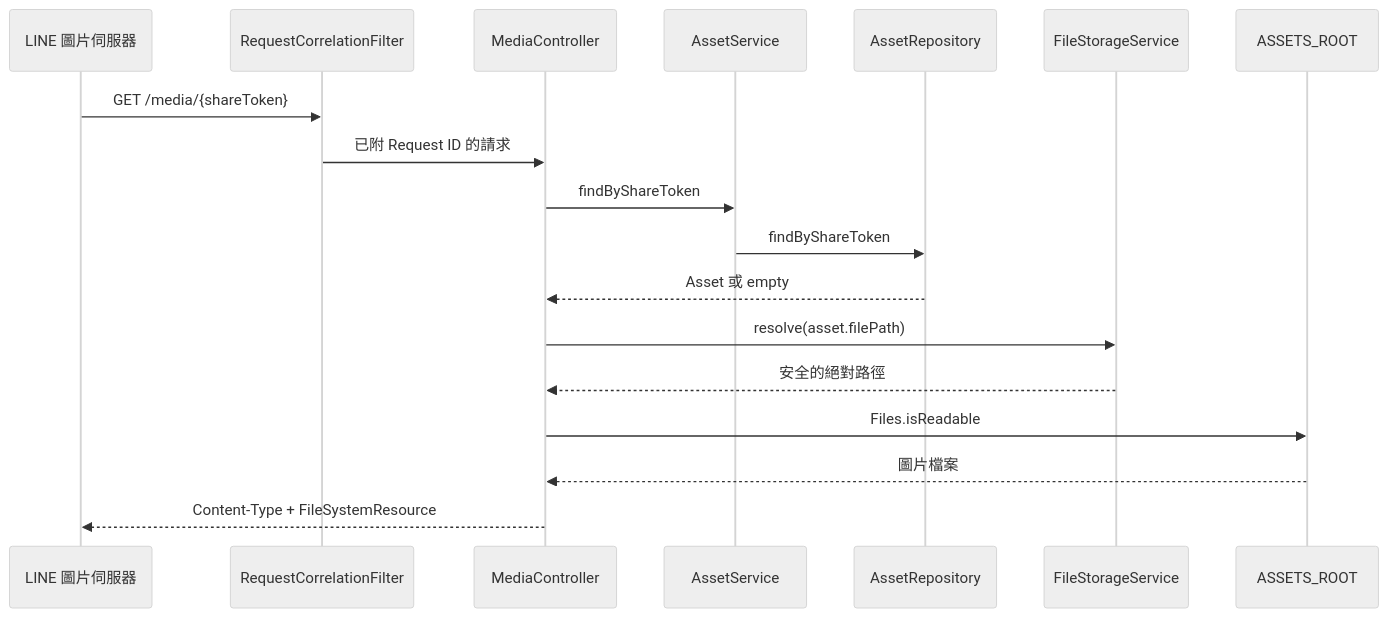
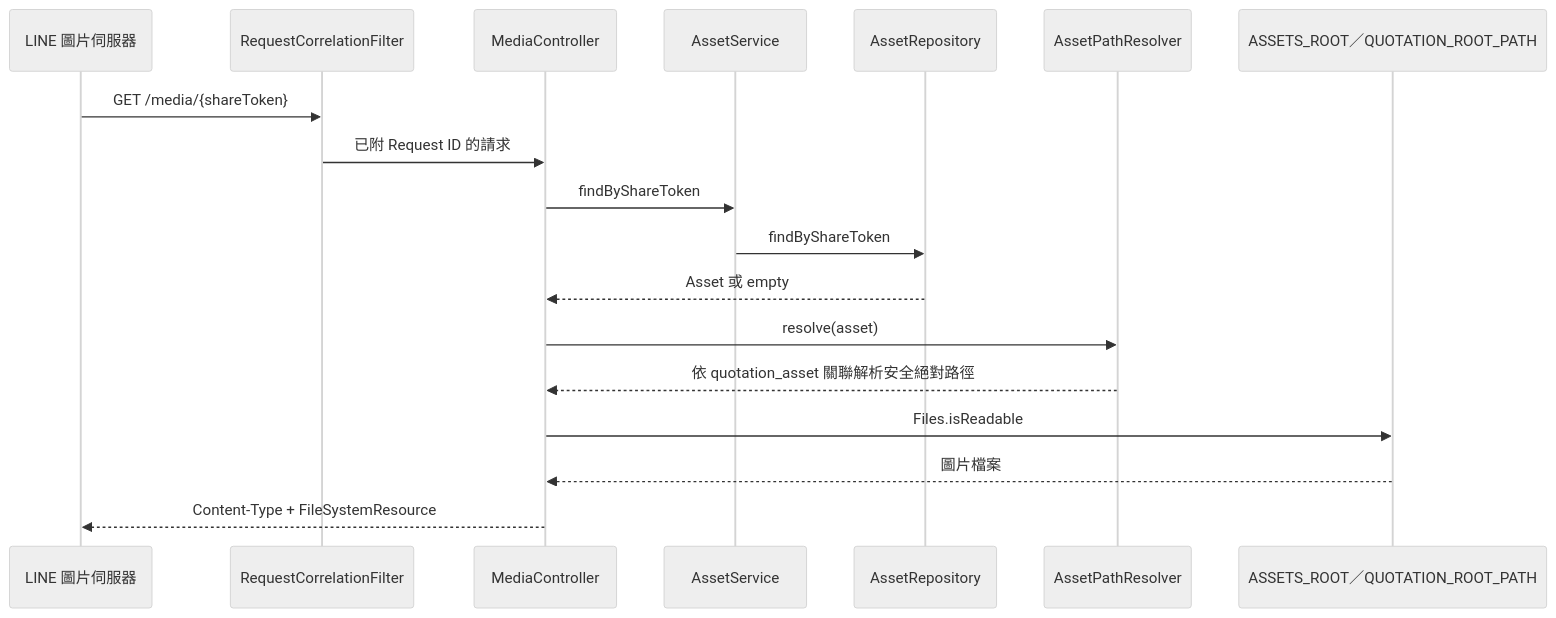
One commit to MiuDog/linebot-commercial changed the fourth of 4 diagrams in docs/06-event-call-chains.md. Above: the diagram before and after it, drawn with Mermaid (neutral theme). The commit also changed other lines of this file and 44 other files, not shown here.

````diff
--- a/docs/06-event-call-chains.md
+++ b/docs/06-event-call-chains.md
@@ -347,21 +348,21 @@
 ```mermaid
 sequenceDiagram
 	participant LINE as LINE 圖片伺服器
 	participant Filter as RequestCorrelationFilter
 	participant Media as MediaController
 	participant Asset as AssetService
 	participant Repo as AssetRepository
-	participant Files as FileStorageService
-	participant Disk as ASSETS_ROOT
+	participant Paths as AssetPathResolver
+	participant Disk as ASSETS_ROOT／QUOTATION_ROOT_PATH
 
 	LINE->>Filter: GET /media/{shareToken}
 	Filter->>Media: 已附 Request ID 的請求
 	Media->>Asset: findByShareToken
 	Asset->>Repo: findByShareToken
 	Repo-->>Media: Asset 或 empty
-	Media->>Files: resolve(asset.filePath)
-	Files-->>Media: 安全的絕對路徑
+	Media->>Paths: resolve(asset)
+	Paths-->>Media: 依 quotation_asset 關聯解析安全絕對路徑
 	Media->>Disk: Files.isReadable
 	Disk-->>Media: 圖片檔案
 	Media-->>LINE: Content-Type + FileSystemResource
 ```
````
